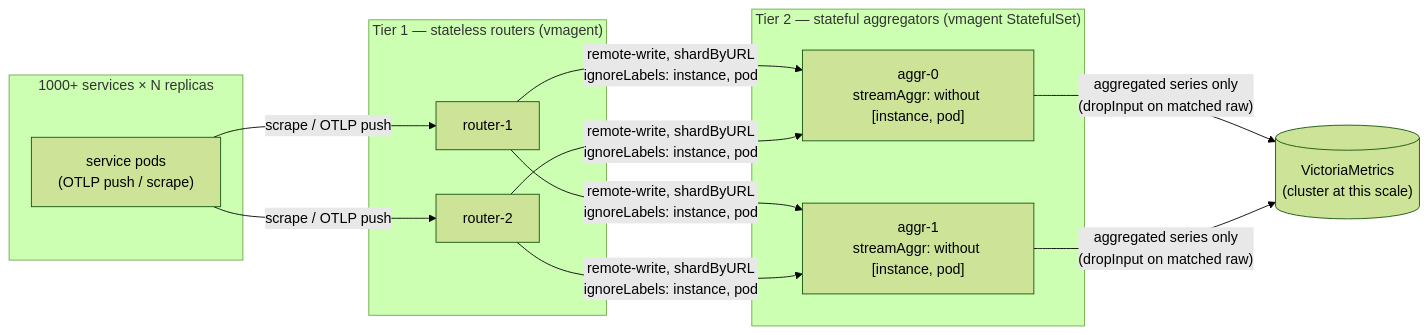
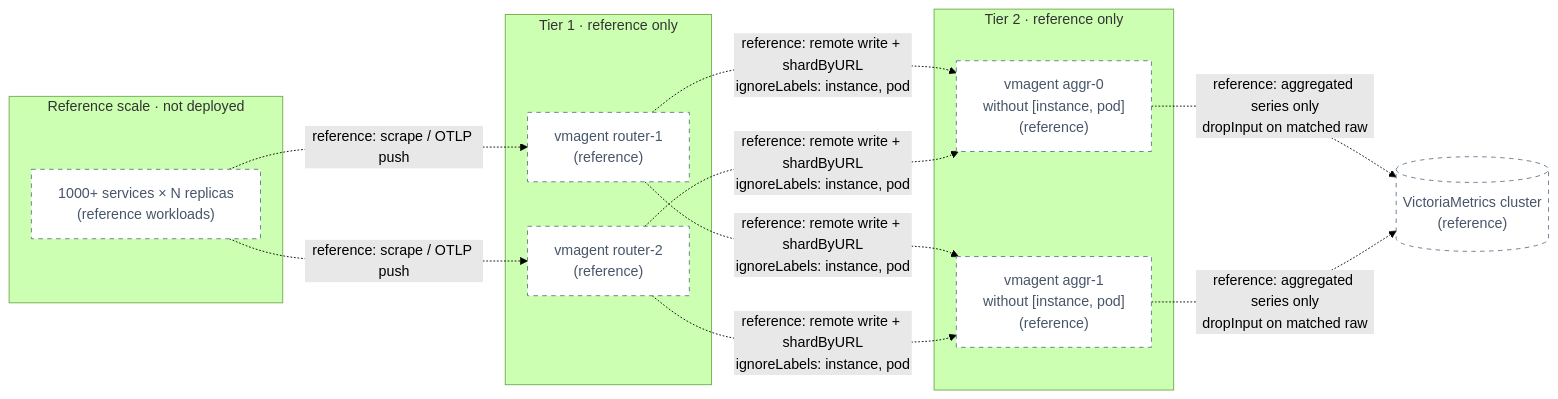
Before and after one commit to duynhlab/homelab: the first of 3 diagrams in docs/observability/metrics/streaming-aggregation.md, drawn with Mermaid (forest theme). The commit also changed other lines of this file and 33 other files, not shown here.

First line of the commit message:
Refresh observability diagrams (#516)

````diff
--- a/docs/observability/metrics/streaming-aggregation.md
+++ b/docs/observability/metrics/streaming-aggregation.md
@@ -166,18 +169,21 @@
 ```mermaid
 flowchart LR
-    subgraph Apps["1000+ services × N replicas"]
-        A1["service pods<br/>(OTLP push / scrape)"]
+    subgraph Apps["Reference scale · not deployed"]
+        A1["1000+ services × N replicas<br/>(reference workloads)"]
     end
-    subgraph T1["Tier 1 — stateless routers (vmagent)"]
-        R1["router-1"]
-        R2["router-2"]
+    subgraph T1["Tier 1 · reference only"]
+        R1["vmagent router-1<br/>(reference)"]
+        R2["vmagent router-2<br/>(reference)"]
     end
-    subgraph T2["Tier 2 — stateful aggregators (vmagent StatefulSet)"]
-        G1["aggr-0<br/>streamAggr: without [instance, pod]"]
-        G2["aggr-1<br/>streamAggr: without [instance, pod]"]
+    subgraph T2["Tier 2 · reference only"]
+        G1["vmagent aggr-0<br/>without [instance, pod]<br/>(reference)"]
+        G2["vmagent aggr-1<br/>without [instance, pod]<br/>(reference)"]
     end
-    ST[("VictoriaMetrics<br/>(cluster at this scale)")]
-    A1 -->|scrape / OTLP push| R1 & R2
-    R1 & R2 -->|"remote-write, shardByURL<br/>ignoreLabels: instance, pod"| G1 & G2
-    G1 & G2 -->|"aggregated series only<br/>(dropInput on matched raw)"| ST
+    ST[("VictoriaMetrics cluster<br/>(reference)")]
+    A1 -.->|"reference: scrape / OTLP push"| R1 & R2
+    R1 & R2 -.->|"reference: remote write + shardByURL<br/>ignoreLabels: instance, pod"| G1 & G2
+    G1 & G2 -.->|"reference: aggregated series only<br/>dropInput on matched raw"| ST
+
+    classDef planned fill:#fff,color:#475569,stroke:#64748b,stroke-dasharray:5 5;
+    class A1,R1,R2,G1,G2,ST planned;
 ```
````
